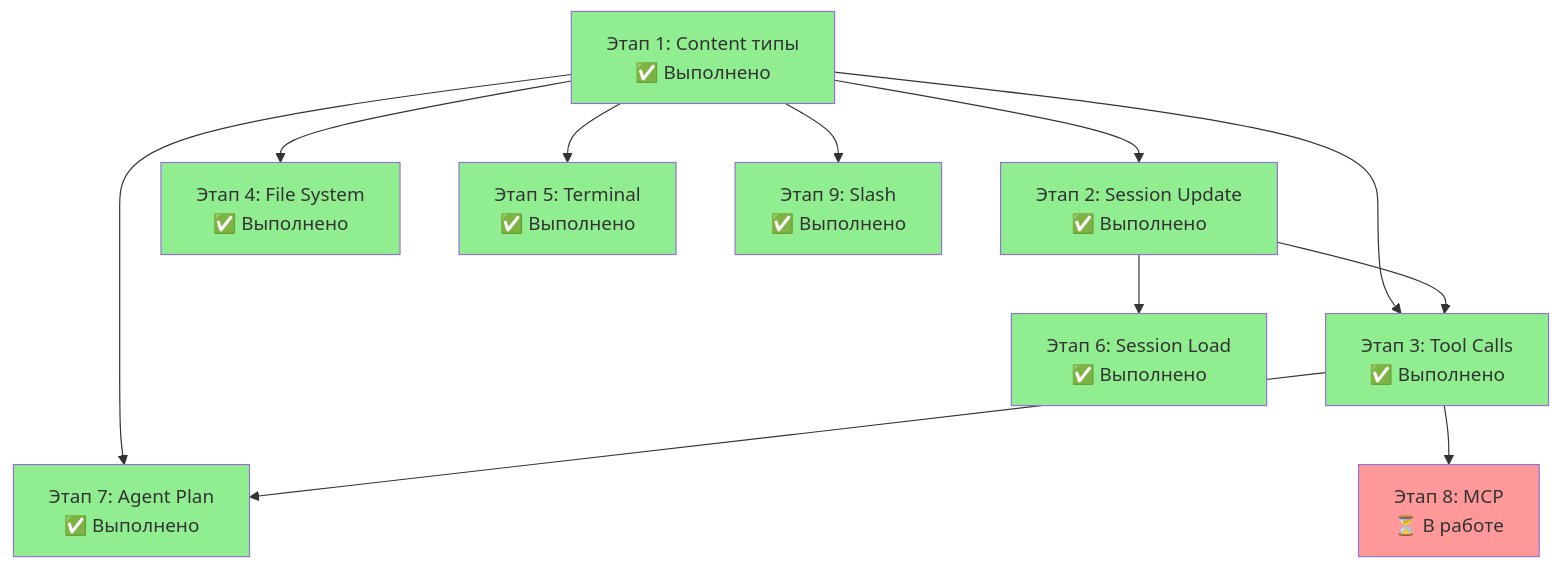
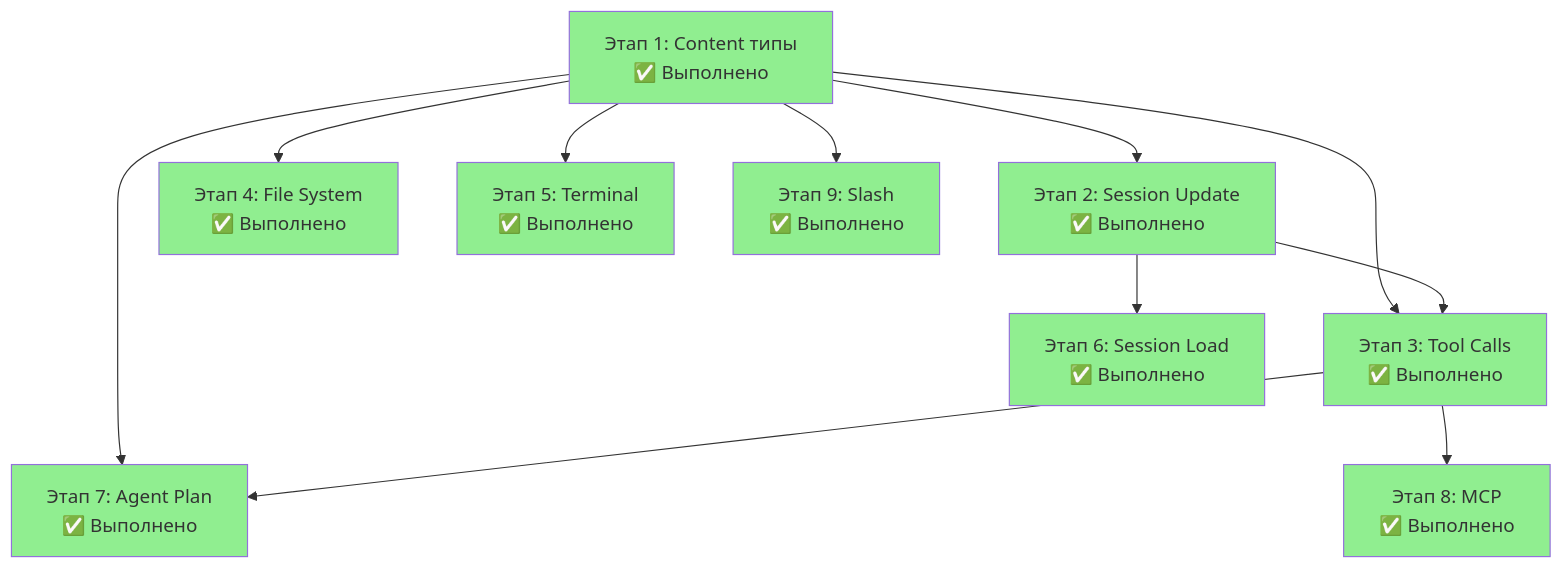
One commit to pese-git/acp-workspace changed the first of 6 diagrams in plans/ACP_IMPROVEMENT_PLAN.md. Above: the diagram before and after it, drawn with Mermaid. The commit also changed other lines of this file and 3 other files, not shown here.

````diff
--- a/plans/ACP_IMPROVEMENT_PLAN.md
+++ b/plans/ACP_IMPROVEMENT_PLAN.md
@@ -51,34 +50,34 @@
 ```mermaid
 graph TB
     CT["Этап 1: Content типы<br/>✅ Выполнено"]
     SUN["Этап 2: Session Update<br/>✅ Выполнено"]
     TC["Этап 3: Tool Calls<br/>✅ Выполнено"]
     FS["Этап 4: File System<br/>✅ Выполнено"]
     TM["Этап 5: Terminal<br/>✅ Выполнено"]
     SLR["Этап 6: Session Load<br/>✅ Выполнено"]
     AP["Этап 7: Agent Plan<br/>✅ Выполнено"]
-    MCP["Этап 8: MCP<br/>⏳ В работе"]
+    MCP["Этап 8: MCP<br/>✅ Выполнено"]
     SC["Этап 9: Slash<br/>✅ Выполнено"]
 
     CT --> SUN
     CT --> FS
     CT --> TM
     CT --> TC
     CT --> AP
     CT --> SC
 
     SUN --> TC
     TC --> AP
     TC --> MCP
     SUN --> SLR
 
     style CT fill:#90EE90
     style SUN fill:#90EE90
     style TC fill:#90EE90
     style FS fill:#90EE90
     style TM fill:#90EE90
     style SLR fill:#90EE90
     style AP fill:#90EE90
-    style MCP fill:#ff9999
+    style MCP fill:#90EE90
     style SC fill:#90EE90
 ```
````
